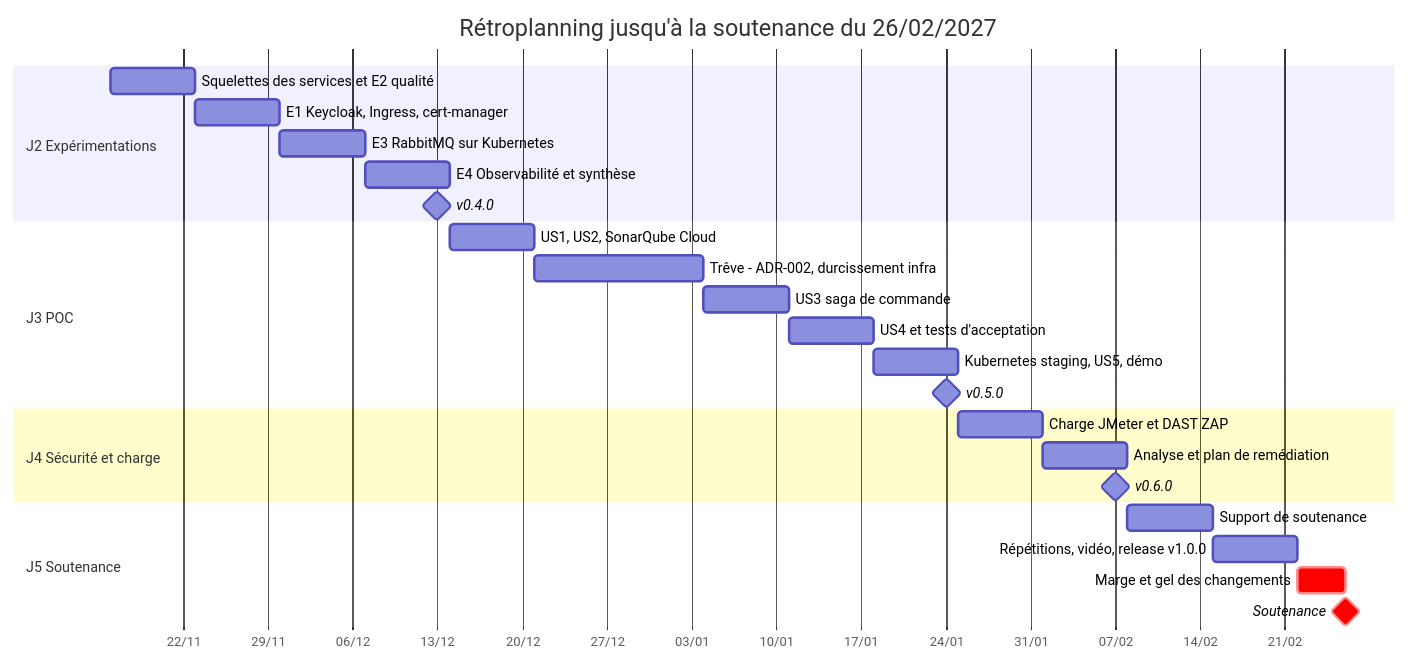
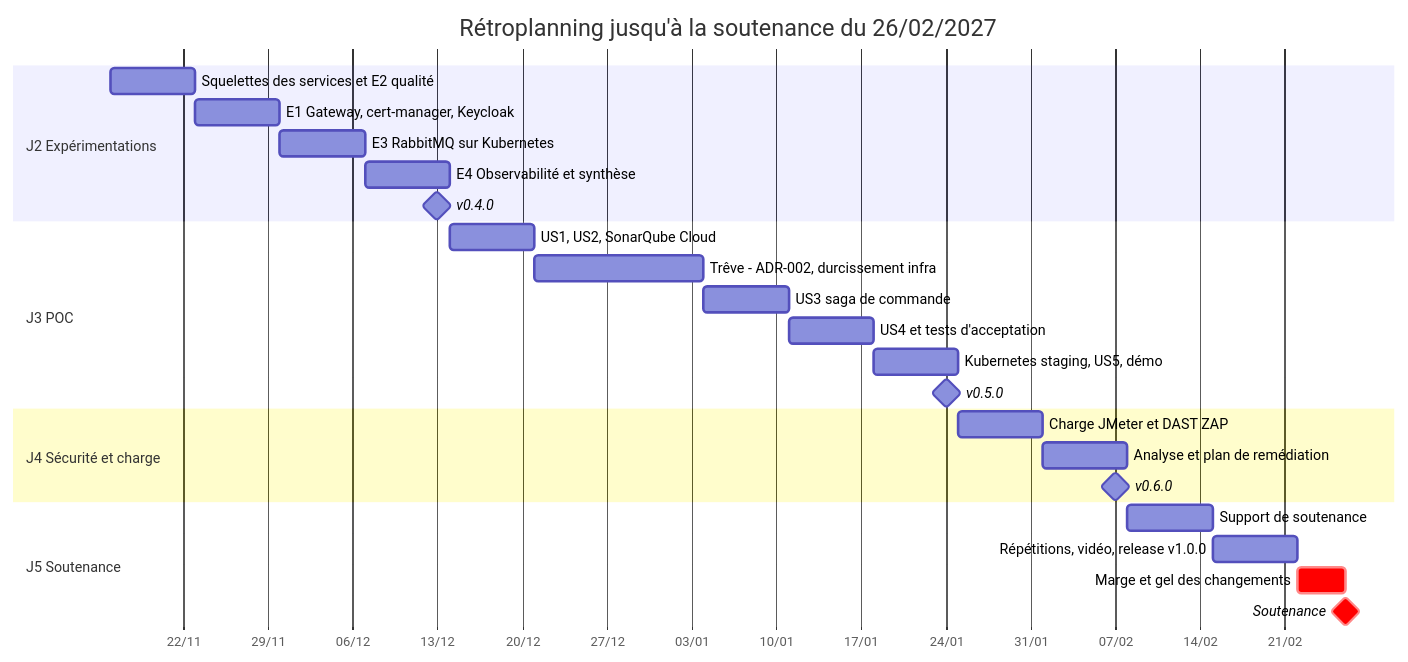
One commit to mbanzaroger/petitemaisonepouvante changed the diagram in docs/suivi-avancement.md. Above: the diagram before and after it, drawn with Mermaid. The commit also changed other lines of this file and 11 other files, not shown here.

First line of the commit message:
docs(e1): résultats, ADR-003 Gateway API à la place d'Ingress NGINX retiré

````diff
--- a/docs/suivi-avancement.md
+++ b/docs/suivi-avancement.md
@@ -19,28 +19,28 @@
 ```mermaid
 gantt
     title Rétroplanning jusqu'à la soutenance du 26/02/2027
     dateFormat YYYY-MM-DD
     axisFormat %d/%m
     section J2 Expérimentations
     Squelettes des services et E2 qualité      :a1, 2026-11-16, 7d
-    E1 Keycloak, Ingress, cert-manager         :a2, after a1, 7d
+    E1 Gateway, cert-manager, Keycloak        :a2, after a1, 7d
     E3 RabbitMQ sur Kubernetes                 :a3, after a2, 7d
     E4 Observabilité et synthèse               :a4, after a3, 7d
     v0.4.0                                     :milestone, m1, 2026-12-13, 0d
     section J3 POC
     US1, US2, SonarQube Cloud                  :b1, 2026-12-14, 7d
     Trêve - ADR-002, durcissement infra        :b2, after b1, 14d
     US3 saga de commande                       :b3, 2027-01-04, 7d
     US4 et tests d'acceptation                 :b4, after b3, 7d
     Kubernetes staging, US5, démo              :b5, after b4, 7d
     v0.5.0                                     :milestone, m2, 2027-01-24, 0d
     section J4 Sécurité et charge
     Charge JMeter et DAST ZAP                  :c1, 2027-01-25, 7d
     Analyse et plan de remédiation             :c2, after c1, 7d
     v0.6.0                                     :milestone, m3, 2027-02-07, 0d
     section J5 Soutenance
     Support de soutenance                      :d1, 2027-02-08, 7d
     Répétitions, vidéo, release v1.0.0         :d2, after d1, 7d
     Marge et gel des changements               :crit, d3, after d2, 4d
     Soutenance                                 :milestone, crit, m4, 2027-02-26, 0d
 ```
````
